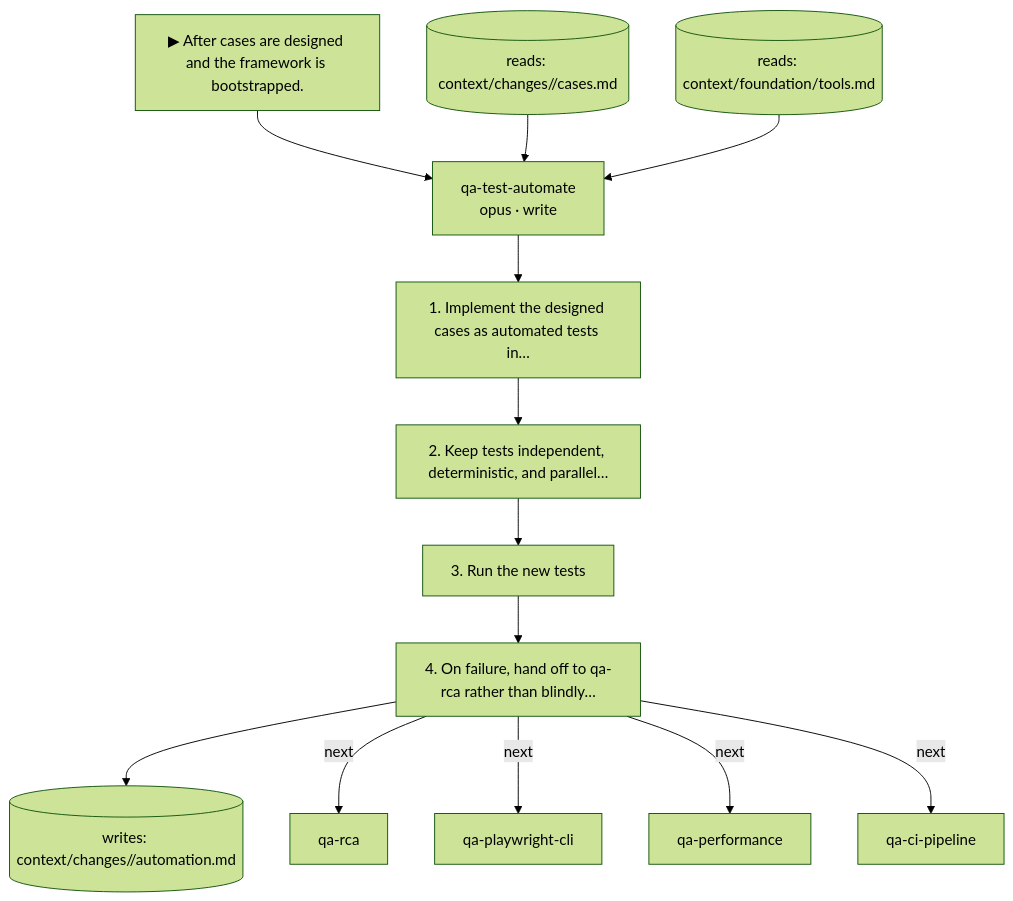
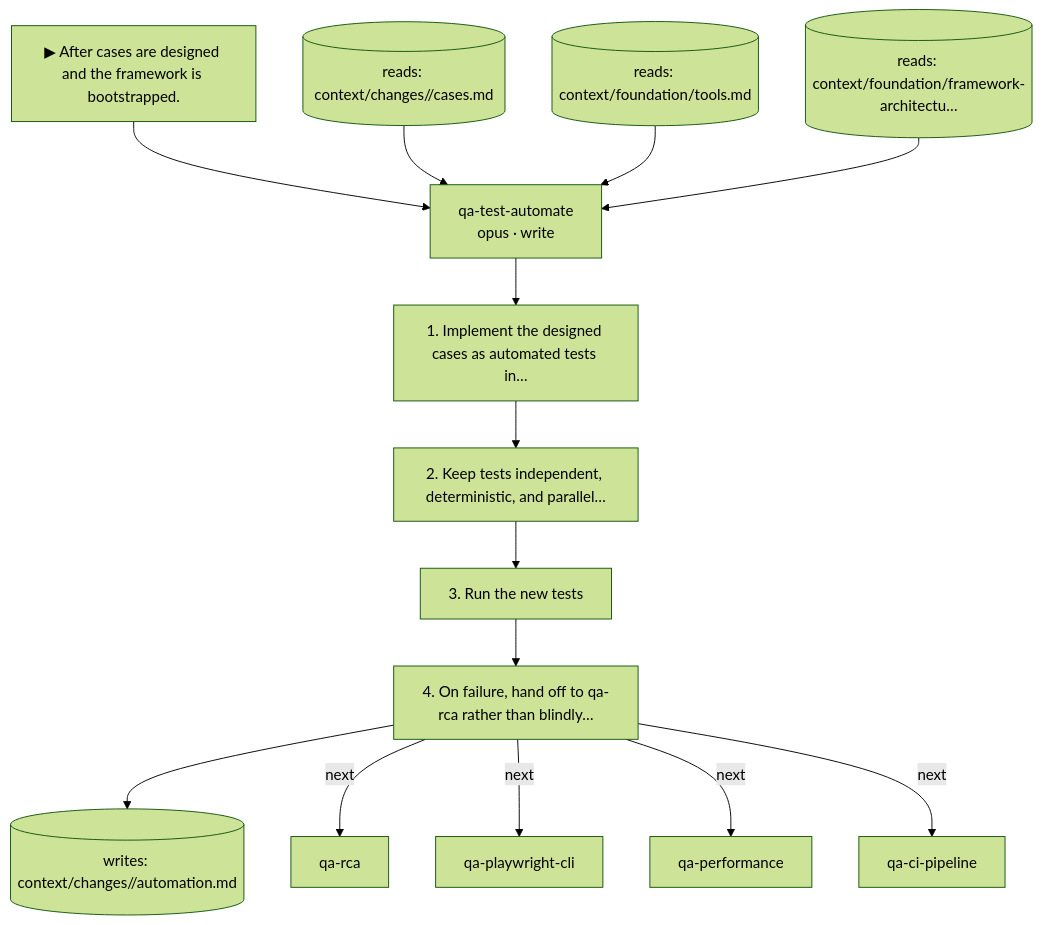
One commit to Assamir/ai-process-orchestration changed diagram 15 of 28 in docs/skill-catalog.md. Above: the diagram before and after it, drawn with Mermaid (forest theme). The commit also changed other lines of this file and 20 other files, not shown here.

````diff
--- a/docs/skill-catalog.md
+++ b/docs/skill-catalog.md
@@ -518,24 +534,26 @@
 ```mermaid
 flowchart TD
   trig["▶ After cases are designed and the framework is bootstrapped."]
   qa_test_automate["qa-test-automate<br/>opus · write"]
   trig --> qa_test_automate
   r0[("reads: context/changes/<work-id>/cases.md")]
   r0 --> qa_test_automate
   r1[("reads: context/foundation/tools.md")]
   r1 --> qa_test_automate
+  r2[("reads: context/foundation/framework-architectu…")]
+  r2 --> qa_test_automate
   s0["1. Implement the designed cases as automated tests in…"]
   qa_test_automate --> s0
   s1["2. Keep tests independent, deterministic, and parallel…"]
   s0 --> s1
   s2["3. Run the new tests"]
   s1 --> s2
   s3["4. On failure, hand off to qa-rca rather than blindly…"]
   s2 --> s3
   w0[("writes: context/changes/<work-id>/automation.md")]
   s3 --> w0
   s3 -->|next| qa_rca["qa-rca"]
   s3 -->|next| qa_playwright_cli["qa-playwright-cli"]
   s3 -->|next| qa_performance["qa-performance"]
   s3 -->|next| qa_ci_pipeline["qa-ci-pipeline"]
 ```
````
